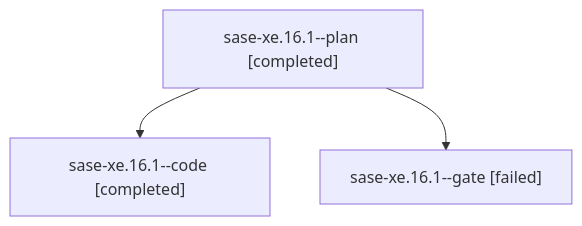
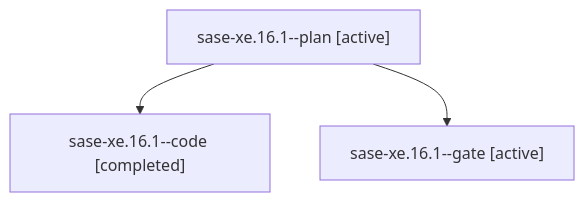
Before and after one commit to sase-org/sase--agents: the diagram in families/bbugyi200.athena.sase-xe.16.1.md, drawn with Mermaid. The commit also changed other lines of this file and 35830 other files, not shown here.

````diff
--- a/families/bbugyi200.athena.sase-xe.16.1.md
+++ b/families/bbugyi200.athena.sase-xe.16.1.md
@@ -9,8 +9,8 @@
 ```mermaid
 flowchart TD
-  n0["sase-xe.16.1--plan [completed]"]
+  n0["sase-xe.16.1--plan [active]"]
   n1["sase-xe.16.1--code [completed]"]
   n0 --> n1
-  n2["sase-xe.16.1--gate [failed]"]
+  n2["sase-xe.16.1--gate [active]"]
   n0 --> n2
 ```
````
